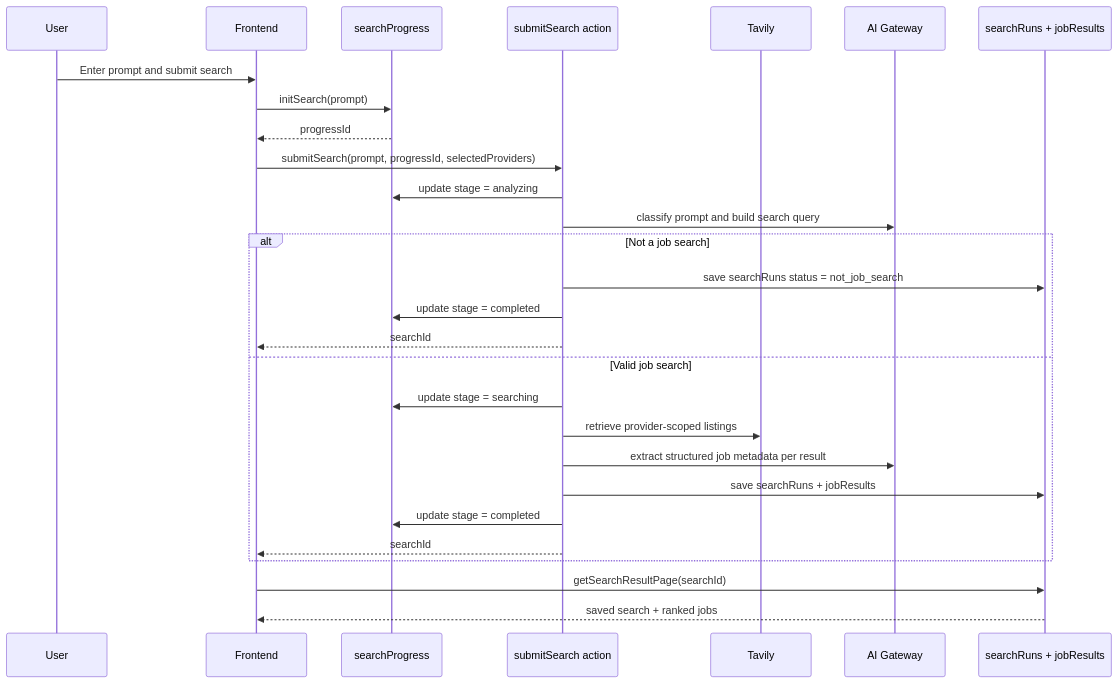
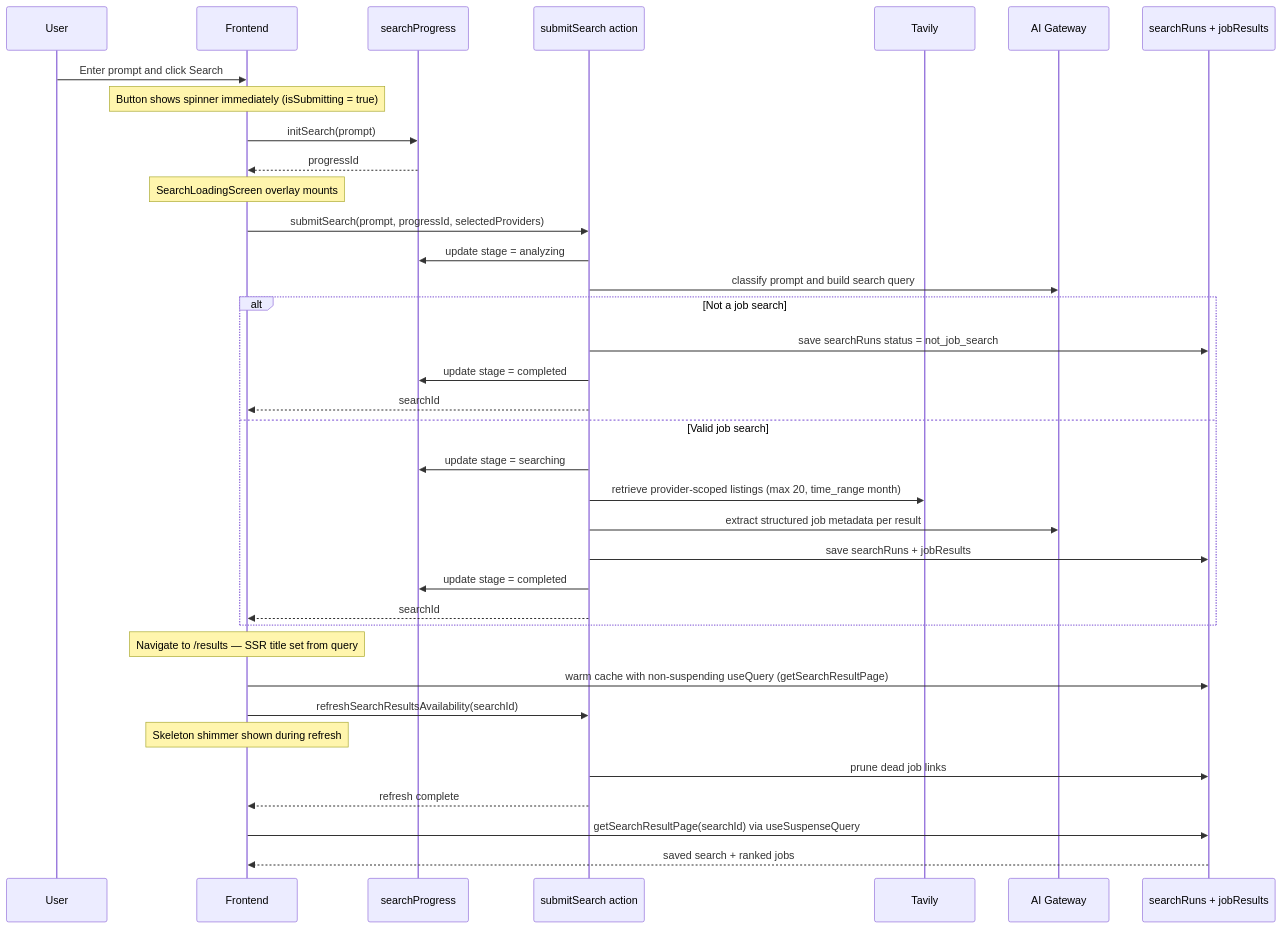
Before and after one commit to oyeolamilekan/amaris-jobsite: the second of 2 diagrams in docs/system-design.md, drawn with Mermaid. The commit also changed 3 other files, not shown here.

Commit message:
feat: enhance search experience with loading indicators and SEO improvements

````diff
--- a/docs/system-design.md
+++ b/docs/system-design.md
@@ -100,31 +100,39 @@
 ```mermaid
 sequenceDiagram
     participant U as User
     participant F as Frontend
     participant P as searchProgress
     participant A as submitSearch action
     participant T as Tavily
     participant M as AI Gateway
     participant D as searchRuns + jobResults
 
-    U->>F: Enter prompt and submit search
+    U->>F: Enter prompt and click Search
+    Note over F: Button shows spinner immediately (isSubmitting = true)
     F->>P: initSearch(prompt)
     P-->>F: progressId
+    Note over F: SearchLoadingScreen overlay mounts
     F->>A: submitSearch(prompt, progressId, selectedProviders)
     A->>P: update stage = analyzing
     A->>M: classify prompt and build search query
     alt Not a job search
         A->>D: save searchRuns status = not_job_search
         A->>P: update stage = completed
         A-->>F: searchId
     else Valid job search
         A->>P: update stage = searching
-        A->>T: retrieve provider-scoped listings
+        A->>T: retrieve provider-scoped listings (max 20, time_range month)
         A->>M: extract structured job metadata per result
         A->>D: save searchRuns + jobResults
         A->>P: update stage = completed
         A-->>F: searchId
     end
-    F->>D: getSearchResultPage(searchId)
+    Note over F: Navigate to /results — SSR title set from query
+    F->>D: warm cache with non-suspending useQuery (getSearchResultPage)
+    F->>A: refreshSearchResultsAvailability(searchId)
+    Note over F: Skeleton shimmer shown during refresh
+    A->>D: prune dead job links
+    A-->>F: refresh complete
+    F->>D: getSearchResultPage(searchId) via useSuspenseQuery
     D-->>F: saved search + ranked jobs
 ```
````
